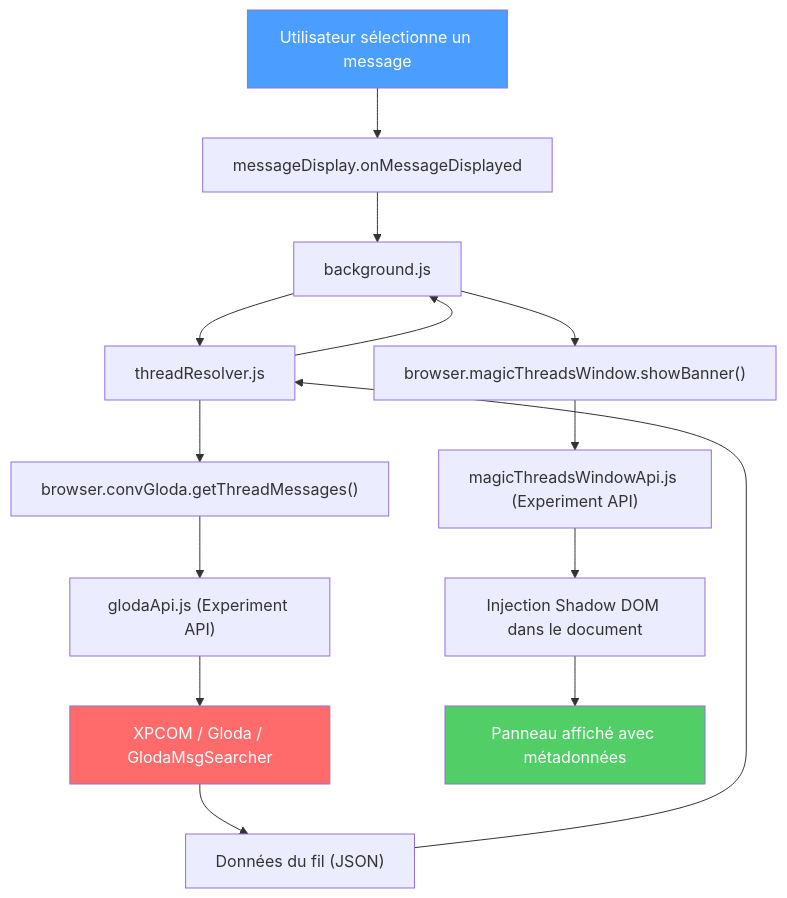
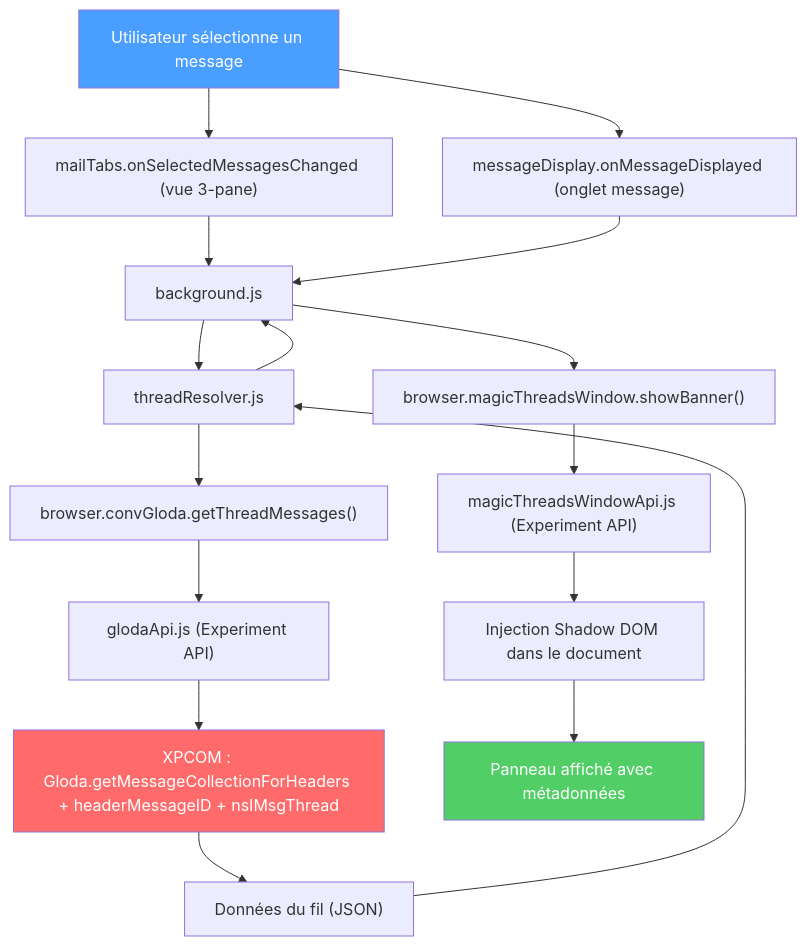
Before and after one commit to mtfkarukera/magic-threads: the first of 5 diagrams in ARCHITECTURE.md, drawn with Mermaid. The commit also changed other lines of this file and 9 other files, not shown here.

````diff
--- a/ARCHITECTURE.md
+++ b/ARCHITECTURE.md
@@ -7,20 +7,22 @@
 ```mermaid
 flowchart TD
-    A["Utilisateur sélectionne un message"] --> B["messageDisplay.onMessageDisplayed"]
-    B --> C["background.js"]
+    A["Utilisateur sélectionne un message"] --> B1["mailTabs.onSelectedMessagesChanged (vue 3-pane)"]
+    A --> B2["messageDisplay.onMessageDisplayed (onglet message)"]
+    B1 --> C["background.js"]
+    B2 --> C
     C --> D["threadResolver.js"]
     D --> E["browser.convGloda.getThreadMessages()"]
     E --> F["glodaApi.js (Experiment API)"]
-    F --> G["XPCOM / Gloda / GlodaMsgSearcher"]
+    F --> G["XPCOM : Gloda.getMessageCollectionForHeaders + headerMessageID + nsIMsgThread"]
     G --> H["Données du fil (JSON)"]
     H --> D
     D --> C
     C --> I["browser.magicThreadsWindow.showBanner()"]
     I --> J["magicThreadsWindowApi.js (Experiment API)"]
     J --> K["Injection Shadow DOM dans le document"]
     K --> L["Panneau affiché avec métadonnées"]
 
     style A fill:#4a9eff,color:#fff
     style G fill:#ff6b6b,color:#fff
     style L fill:#51cf66,color:#fff
 ```
````
